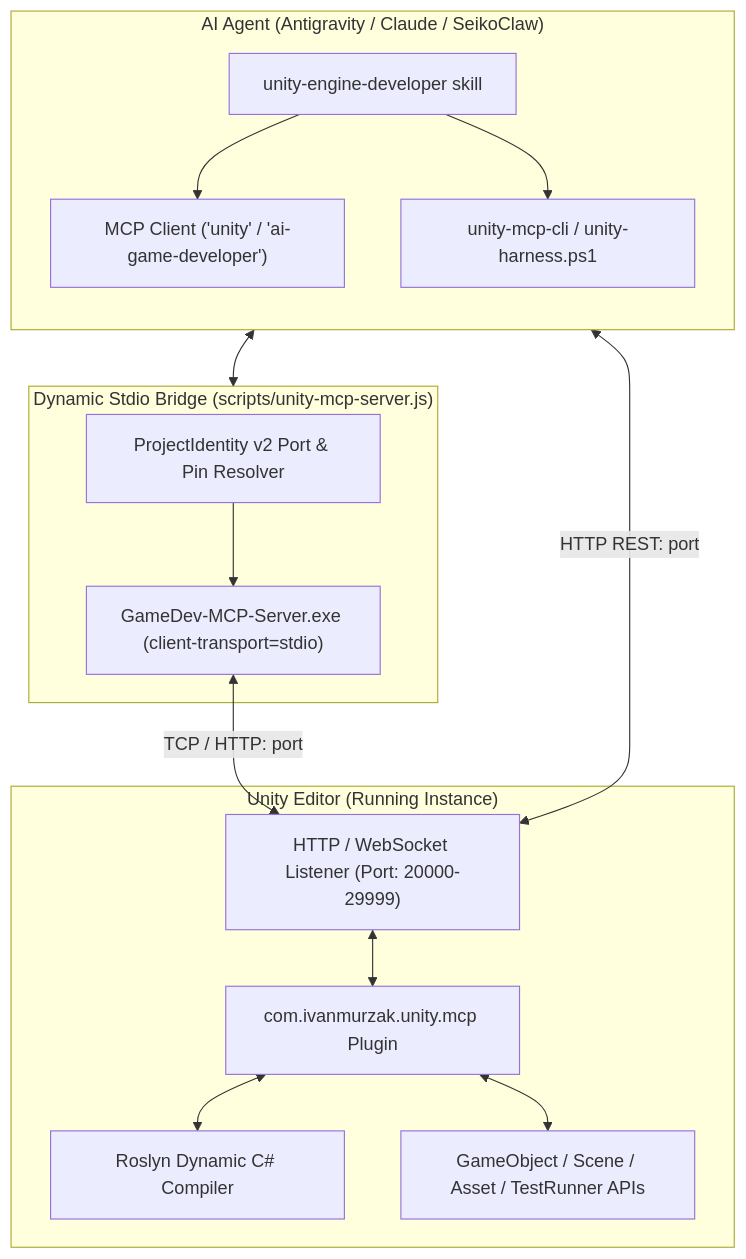
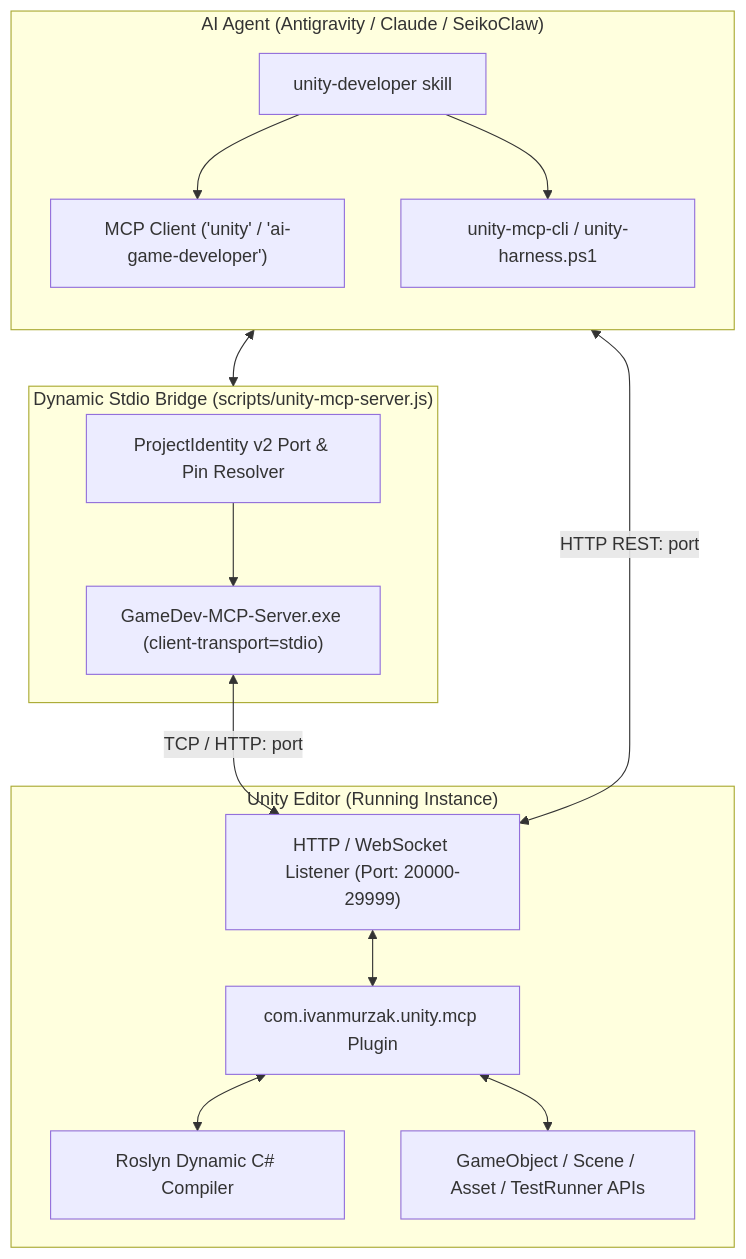
Before and after one commit to Saikojin/seikoclaw-harness: the first of 2 diagrams in .agents/skills/unity-engine-developer/SKILL.md, drawn with Mermaid. The commit also changed other lines of this file and 26 other files, not shown here.

````diff
--- a/.agents/skills/unity-engine-developer/SKILL.md
+++ b/.agents/skills/unity-engine-developer/SKILL.md
@@ -15,31 +15,31 @@
 ```mermaid
 flowchart TD
     subgraph Agent["AI Agent (Antigravity / Claude / SeikoClaw)"]
         direction TB
-        Skill["unity-engine-developer skill"]
+        Skill["unity-developer skill"]
         Tools["MCP Client ('unity' / 'ai-game-developer')"]
         CLI["unity-mcp-cli / unity-harness.ps1"]
     end
 
     subgraph StdioBridge["Dynamic Stdio Bridge (scripts/unity-mcp-server.js)"]
         PortResolver["ProjectIdentity v2 Port & Pin Resolver"]
         ServerExe["GameDev-MCP-Server.exe (client-transport=stdio)"]
     end
 
     subgraph UnityEditor["Unity Editor (Running Instance)"]
         Plugin["com.ivanmurzak.unity.mcp Plugin"]
         HttpListener["HTTP / WebSocket Listener (Port: 20000-29999)"]
         Roslyn["Roslyn Dynamic C# Compiler"]
         EngineAPIs["GameObject / Scene / Asset / TestRunner APIs"]
     end
 
     Skill --> Tools
     Skill --> CLI
     Tools <--> StdioBridge
     CLI <-->|HTTP REST: port| HttpListener
     PortResolver --> ServerExe
     ServerExe <-->|TCP / HTTP: port| HttpListener
     HttpListener <--> Plugin
     Plugin <--> Roslyn
     Plugin <--> EngineAPIs
 ```
````
